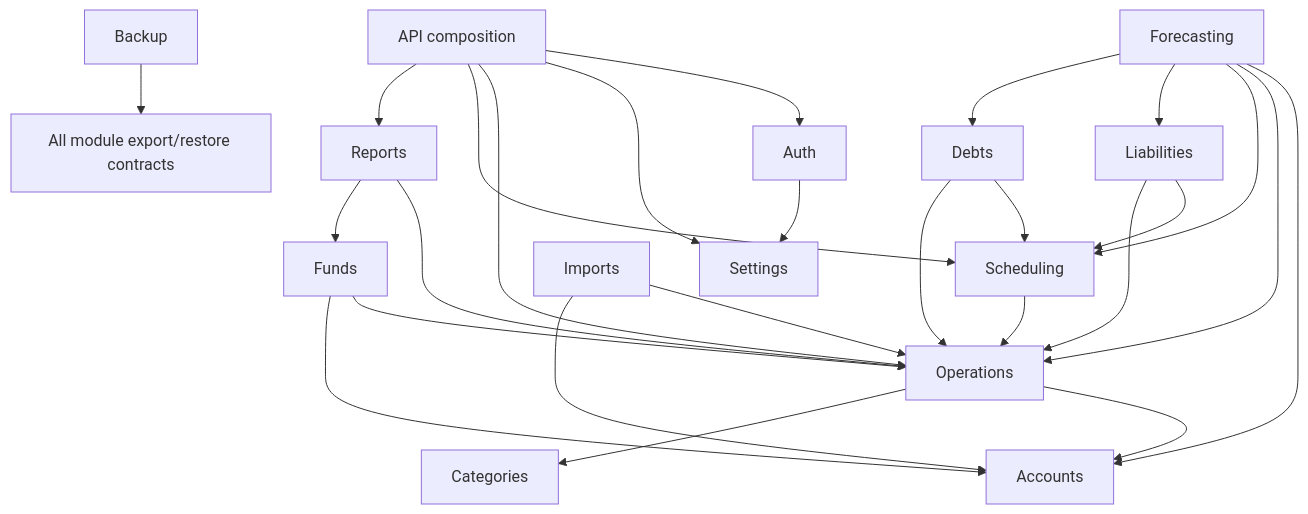
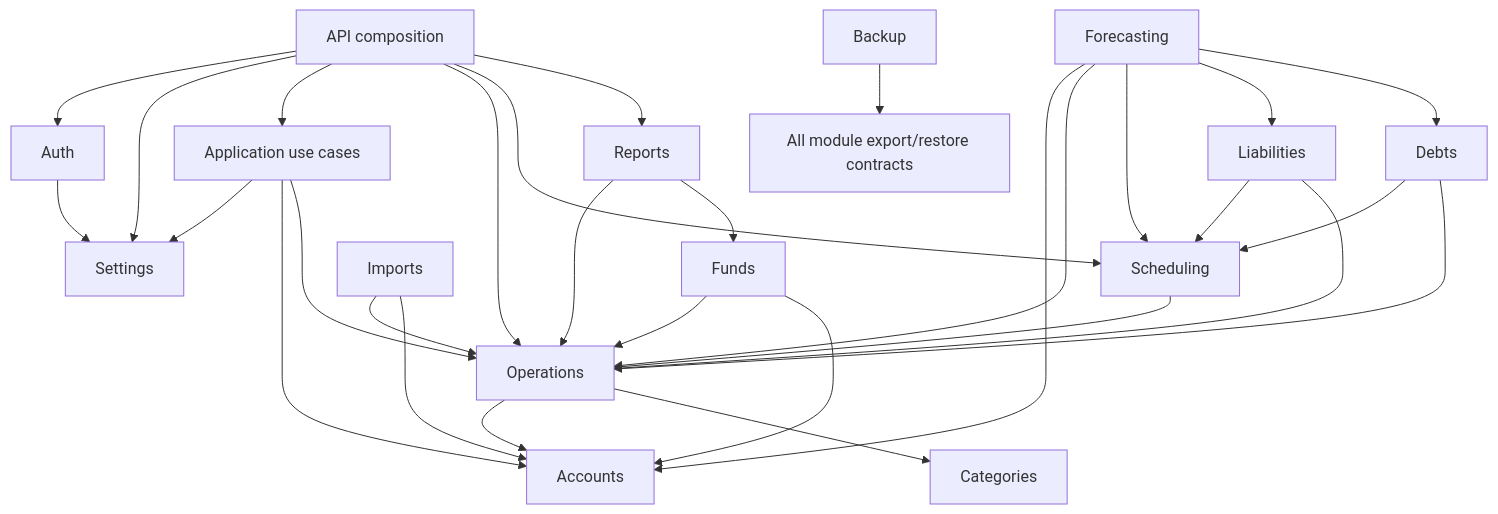
The diagram in docs/architecture/module-boundaries.md (Gollardo/hermes), drawn with Mermaid before and after one commit. The commit also changed other lines of this file and 54 other files, not shown here.

````diff
--- a/docs/architecture/module-boundaries.md
+++ b/docs/architecture/module-boundaries.md
@@ -30,28 +31,32 @@
 ```mermaid
 flowchart TB
     API["API composition"] --> Auth
     API --> Settings
+    API --> Application["Application use cases"]
+    Application --> Settings
+    Application --> Accounts
+    Application --> Operations
     Auth --> Settings
     API --> Operations
     API --> Scheduling
     API --> Reports
     Operations --> Accounts
     Operations --> Categories
     Funds --> Operations
     Funds --> Accounts
     Scheduling --> Operations
     Liabilities --> Scheduling
     Liabilities --> Operations
     Debts --> Scheduling
     Debts --> Operations
     Forecasting --> Accounts
     Forecasting --> Operations
     Forecasting --> Scheduling
     Forecasting --> Liabilities
     Forecasting --> Debts
     Reports --> Operations
     Reports --> Funds
     Imports --> Operations
     Imports --> Accounts
     Backup --> Modules["All module export/restore contracts"]
 ```
````
